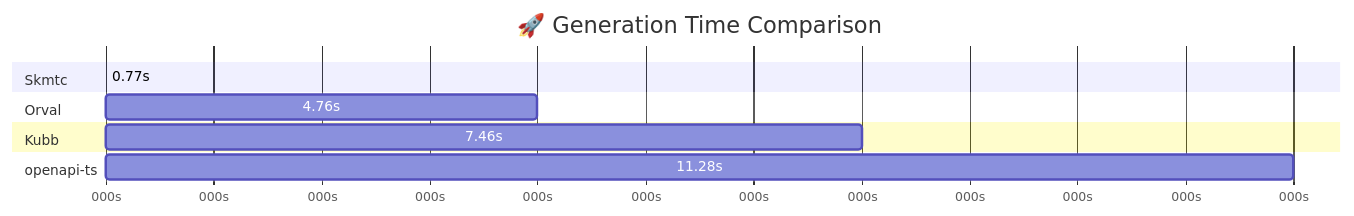
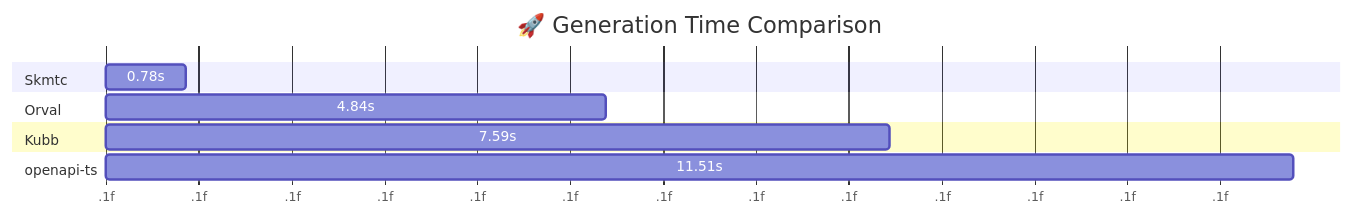
One commit to skmtc/openapi-codegen-benchmarks changed the diagram in README.md. Above: the diagram before and after it, drawn with Mermaid. The commit also changed other lines of this file and 2 other files, not shown here.

Commit message:
Update chart

````diff
--- a/README.md
+++ b/README.md
@@ -24,18 +24,18 @@
 ```mermaid
 gantt
     title 🚀 Generation Time Comparison
     dateFormat X
-    axisFormat %Ls
+    axisFormat %.1f
     
     section Skmtc
-    0.77s :0, 0
+    0.78s :0, 777
     
     section Orval
-    4.76s :0, 4
+    4.84s :0, 4841
     
     section Kubb
-    7.46s :0, 7
+    7.59s :0, 7592
     
     section openapi-ts
-    11.28s :0, 11
+    11.51s :0, 11510
 ```
````
